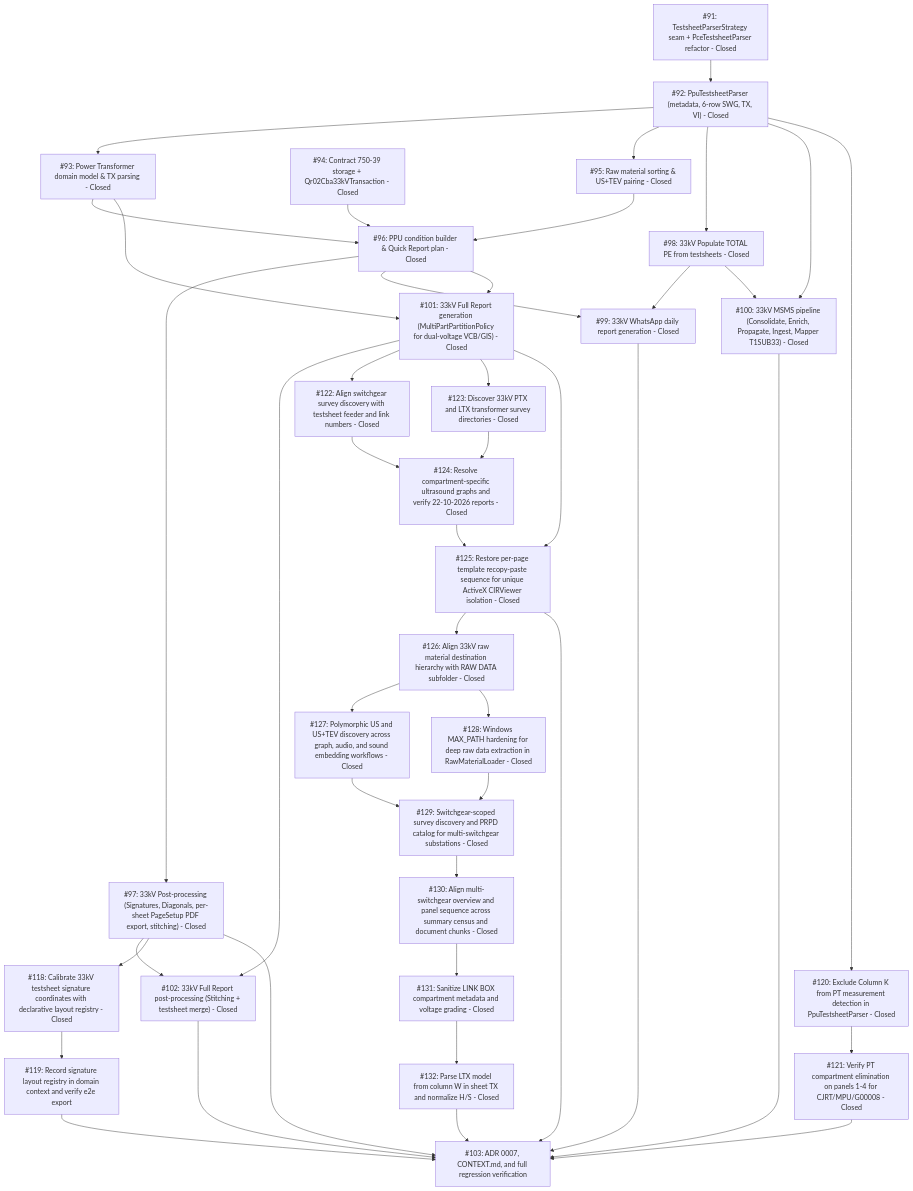
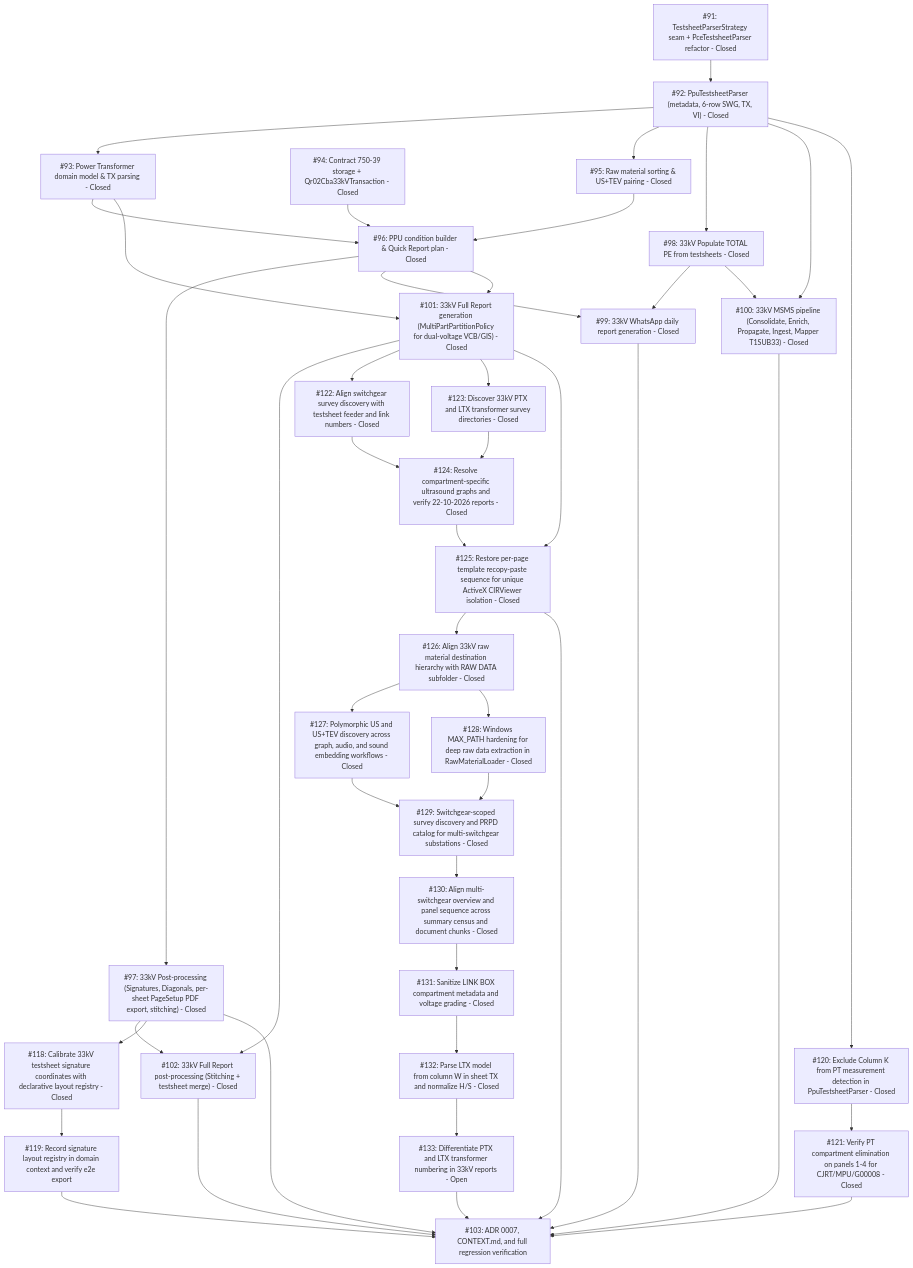
One commit to adamlarGit/pahang-cli changed the diagram in .wayfinder/33kv-system-workflow/map.md. Above: the diagram before and after it, drawn with Mermaid. The commit also changed other lines of this file and 7 other files, not shown here.

Commit message:
feat(full-report): differentiate PTX and LTX transformer numbering in 33kV reports (#133)

````diff
--- a/.wayfinder/33kv-system-workflow/map.md
+++ b/.wayfinder/33kv-system-workflow/map.md
@@ -55,74 +55,76 @@
 ```mermaid
 graph TD
     T91["#91: TestsheetParserStrategy seam + PceTestsheetParser refactor - Closed"]
     T92["#92: PpuTestsheetParser (metadata, 6-row SWG, TX, VI) - Closed"]
     T93["#93: Power Transformer domain model & TX parsing - Closed"]
     T94["#94: Contract 750-39 storage + Qr02Cba33kVTransaction - Closed"]
     T95["#95: Raw material sorting & US+TEV pairing - Closed"]
     T96["#96: PPU condition builder & Quick Report plan - Closed"]
     T97["#97: 33kV Post-processing (Signatures, Diagonals, per-sheet PageSetup PDF export, stitching) - Closed"]
     T98["#98: 33kV Populate TOTAL PE from testsheets - Closed"]
     T99["#99: 33kV WhatsApp daily report generation - Closed"]
     T100["#100: 33kV MSMS pipeline (Consolidate, Enrich, Propagate, Ingest, Mapper T1SUB33) - Closed"]
     T101["#101: 33kV Full Report generation (MultiPartPartitionPolicy for dual-voltage VCB/GIS) - Closed"]
     T102["#102: 33kV Full Report post-processing (Stitching + testsheet merge) - Closed"]
     T118["#118: Calibrate 33kV testsheet signature coordinates with declarative layout registry - Closed"]
     T119["#119: Record signature layout registry in domain context and verify e2e export"]
     T120["#120: Exclude Column K from PT measurement detection in PpuTestsheetParser - Closed"]
     T121["#121: Verify PT compartment elimination on panels 1-4 for CJRT/MPU/G00008 - Closed"]
     T122["#122: Align switchgear survey discovery with testsheet feeder and link numbers - Closed"]
     T123["#123: Discover 33kV PTX and LTX transformer survey directories - Closed"]
     T124["#124: Resolve compartment-specific ultrasound graphs and verify 22-10-2026 reports - Closed"]
     T125["#125: Restore per-page template recopy-paste sequence for unique ActiveX CIRViewer isolation - Closed"]
     T126["#126: Align 33kV raw material destination hierarchy with RAW DATA subfolder - Closed"]
     T127["#127: Polymorphic US and US+TEV discovery across graph, audio, and sound embedding workflows - Closed"]
     T128["#128: Windows MAX_PATH hardening for deep raw data extraction in RawMaterialLoader - Closed"]
     T129["#129: Switchgear-scoped survey discovery and PRPD catalog for multi-switchgear substations - Closed"]
     T130["#130: Align multi-switchgear overview and panel sequence across summary census and document chunks - Closed"]
     T131["#131: Sanitize LINK BOX compartment metadata and voltage grading - Closed"]
     T132["#132: Parse LTX model from column W in sheet TX and normalize H/S - Closed"]
+    T133["#133: Differentiate PTX and LTX transformer numbering in 33kV reports - Open"]
     T103["#103: ADR 0007, CONTEXT.md, and full regression verification"]
 
     T91 --> T92
     T92 --> T93
     T92 --> T95
     T92 --> T98
     T94 --> T96
     T93 --> T96
     T95 --> T96
     T96 --> T97
     T96 --> T99
     T98 --> T99
     T98 --> T100
     T92 --> T100
     T93 --> T101
     T96 --> T101
     T97 --> T102
     T101 --> T102
     T97 --> T118
     T118 --> T119
     T119 --> T103
     T92 --> T120
     T120 --> T121
     T121 --> T103
     T101 --> T122
     T101 --> T123
     T122 --> T124
     T123 --> T124
     T124 --> T125
     T125 --> T126
     T126 --> T127
     T126 --> T128
     T127 --> T129
     T128 --> T129
     T129 --> T130
     T130 --> T131
     T131 --> T132
-    T132 --> T103
+    T132 --> T133
+    T133 --> T103
     T101 --> T125
     T125 --> T103
     T97 --> T103
     T99 --> T103
     T100 --> T103
     T102 --> T103
 ```
````
